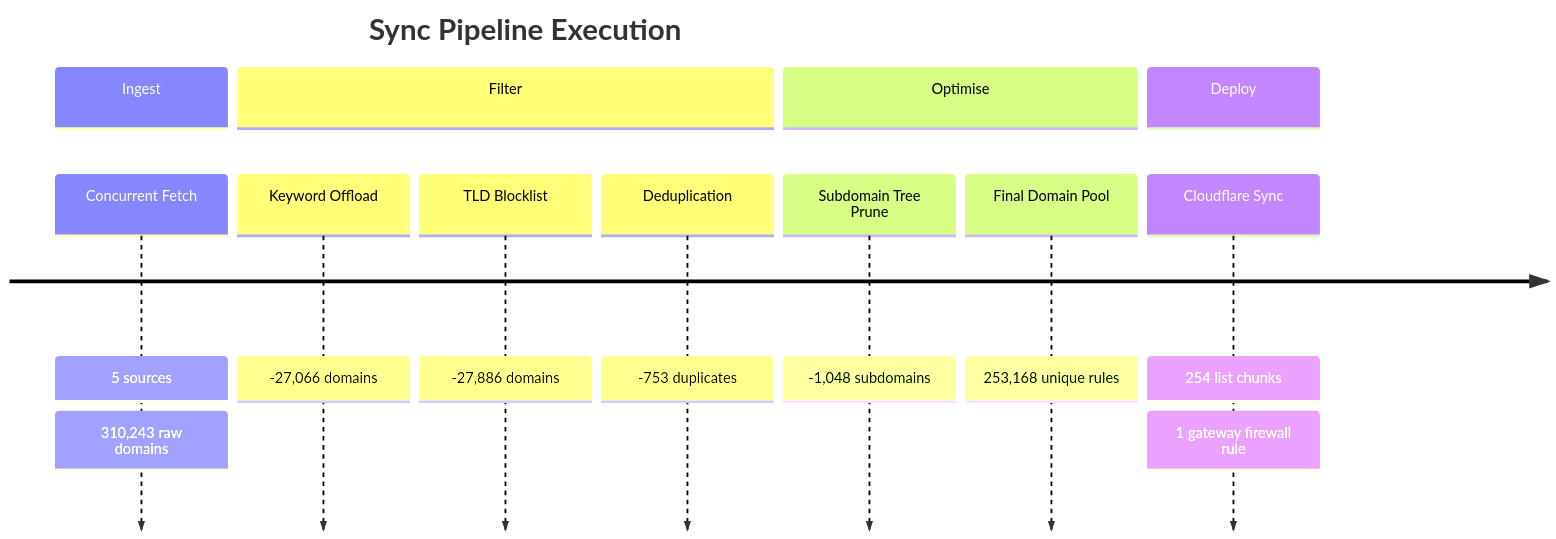
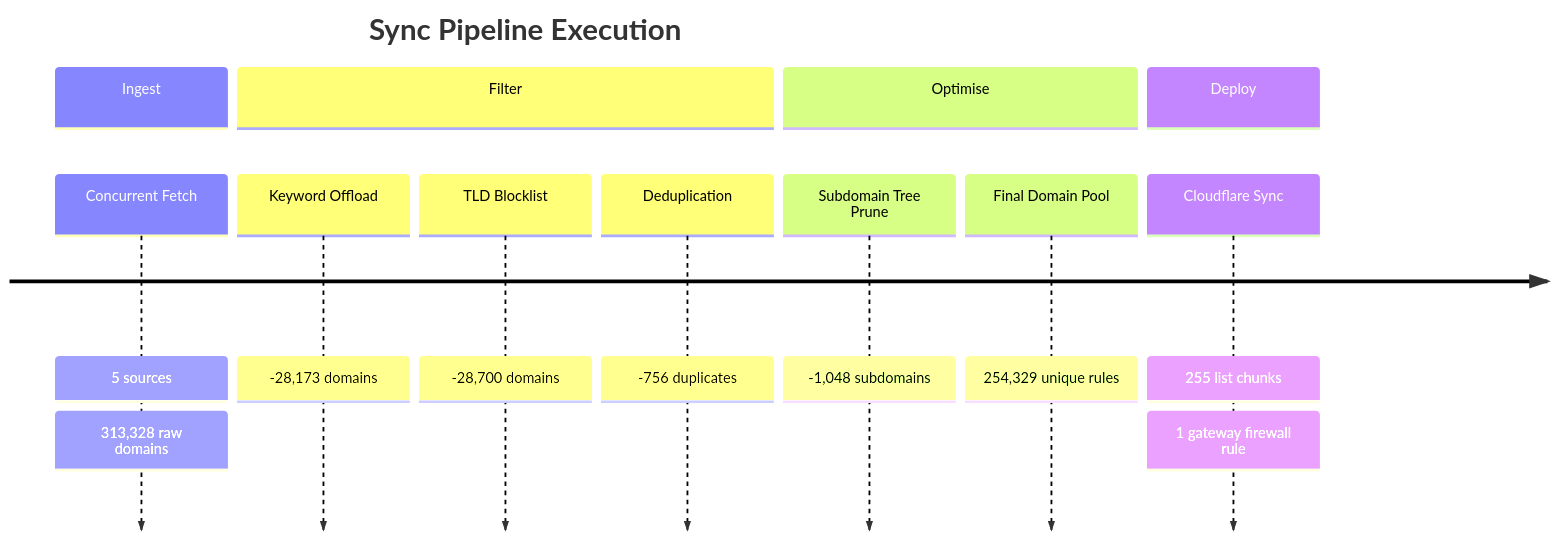
One commit to brojangles24/Cloudflare-ZeroTrust-AdBlock changed the second of 6 diagrams in README_STATS.md. Above: the diagram before and after it, drawn with Mermaid. The commit also changed other lines of this file and 1 other file, not shown here.

````diff
--- a/README_STATS.md
+++ b/README_STATS.md
@@ -54,17 +54,17 @@
 ```mermaid
 timeline
     title Sync Pipeline Execution
     section Ingest
         Concurrent Fetch   : 5 sources
-                           : 310,243 raw domains
+                           : 313,328 raw domains
     section Filter
-        Keyword Offload    : -27,066 domains
-        TLD Blocklist      : -27,886 domains
-        Deduplication      : -753 duplicates
+        Keyword Offload    : -28,173 domains
+        TLD Blocklist      : -28,700 domains
+        Deduplication      : -756 duplicates
     section Optimise
         Subdomain Tree Prune : -1,048 subdomains
-        Final Domain Pool    : 253,168 unique rules
+        Final Domain Pool    : 254,329 unique rules
     section Deploy
-        Cloudflare Sync    : 254 list chunks
+        Cloudflare Sync    : 255 list chunks
                            : 1 gateway firewall rule
 ```
````
